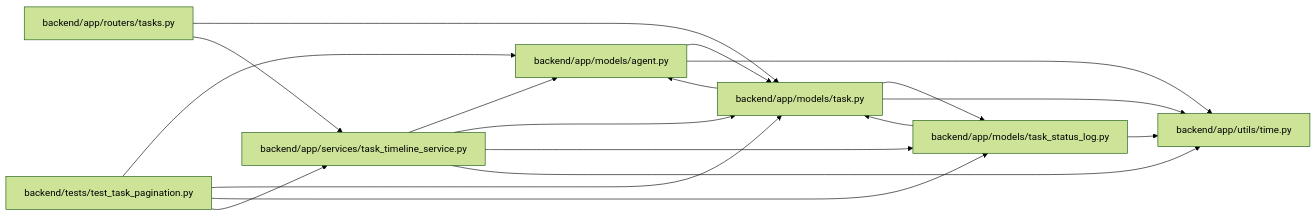
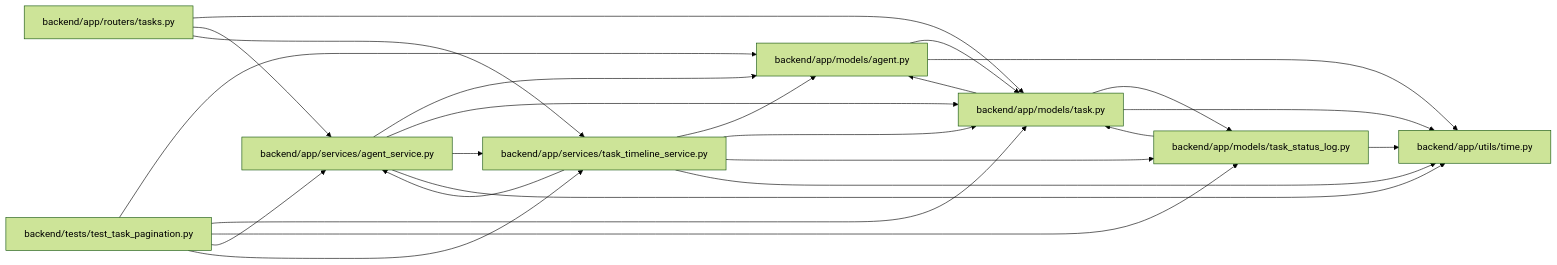
One commit to Denissvgn/WorkChord changed the diagram in docs/llm_wiki/modules/task_timeline_service.md. Above: the diagram before and after it, drawn with Mermaid (forest theme). The commit also changed other lines of this file and 25171 other files, not shown here.

````diff
--- a/docs/llm_wiki/modules/task_timeline_service.md
+++ b/docs/llm_wiki/modules/task_timeline_service.md
@@ -28,34 +29,43 @@
 ```mermaid
 flowchart LR
     n0["backend/app/models/agent.py"]
     n1["backend/app/models/task.py"]
     n2["backend/app/models/task_status_log.py"]
     n3["backend/app/routers/tasks.py"]
-    n4["backend/app/services/task_timeline_service.py"]
-    n5["backend/app/utils/time.py"]
-    n6["backend/tests/test_task_pagination.py"]
+    n4["backend/app/services/agent_service.py"]
+    n5["backend/app/services/task_timeline_service.py"]
+    n6["backend/app/utils/time.py"]
+    n7["backend/tests/test_task_pagination.py"]
     n0 --> n1
-    n0 --> n5
+    n0 --> n6
     n1 --> n0
     n1 --> n2
-    n1 --> n5
+    n1 --> n6
     n2 --> n1
-    n2 --> n5
+    n2 --> n6
     n3 --> n1
     n3 --> n4
+    n3 --> n5
     n4 --> n0
     n4 --> n1
-    n4 --> n2
     n4 --> n5
-    n6 --> n0
-    n6 --> n1
-    n6 --> n2
-    n6 --> n4
+    n4 --> n6
+    n5 --> n0
+    n5 --> n1
+    n5 --> n2
+    n5 --> n4
+    n5 --> n6
+    n7 --> n0
+    n7 --> n1
+    n7 --> n2
+    n7 --> n4
+    n7 --> n5
     click n0 "../modules/models_agent.md"
     click n1 "../modules/models_task.md"
     click n2 "../modules/task_status_log.md"
     click n3 "../modules/tasks.md"
-    click n4 "../modules/task_timeline_service.md"
-    click n5 "../modules/time.md"
-    click n6 "../modules/test_task_pagination.md"
+    click n4 "../modules/agent_service.md"
+    click n5 "../modules/task_timeline_service.md"
+    click n6 "../modules/time.md"
+    click n7 "../modules/test_task_pagination.md"
 ```
````
